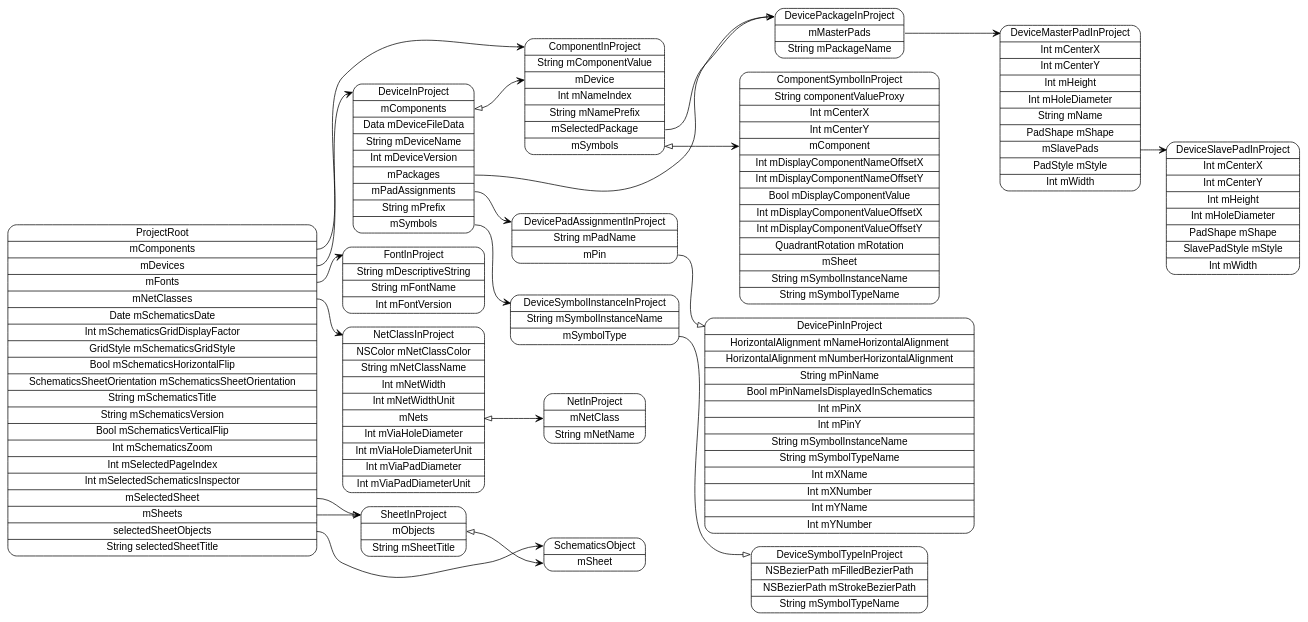
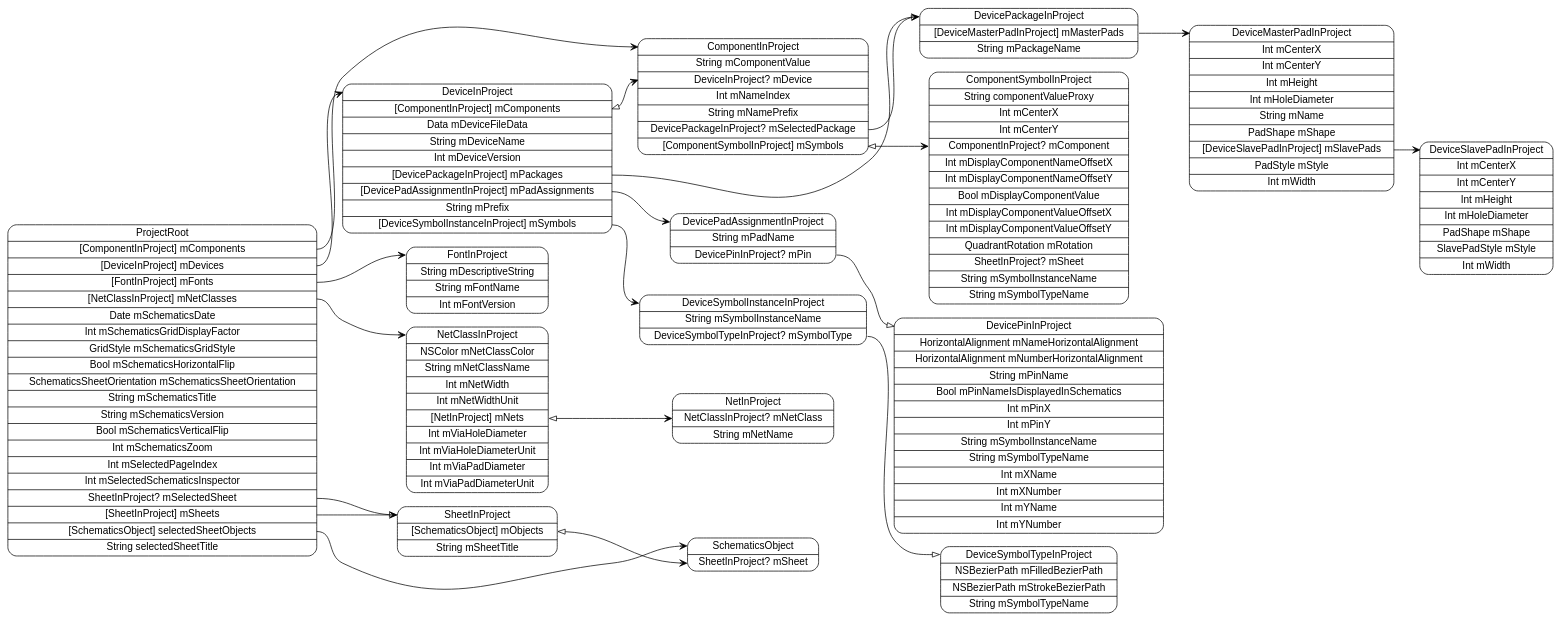
The diagram in models/ProjectRoot.dot (pierremolinaro/ElCanari-dev), drawn with Graphviz before and after one commit. The commit also changed 14 other files, not shown here.

```diff
--- a/models/ProjectRoot.dot
+++ b/models/ProjectRoot.dot
@@ -1,39 +1,39 @@
 digraph G {
   rankdir=LR ;
   node [shape=record fontname=helvetica style=rounded] ;
-  ProjectRoot[label="<ProjectRoot>ProjectRoot|<mComponents>mComponents|<mDevices>mDevices|<mFonts>mFonts|<mNetClasses>mNetClasses|Date mSchematicsDate|Int mSchematicsGridDisplayFactor|GridStyle mSchematicsGridStyle|Bool mSchematicsHorizontalFlip|SchematicsSheetOrientation mSchematicsSheetOrientation|String mSchematicsTitle|String mSchematicsVersion|Bool mSchematicsVerticalFlip|Int mSchematicsZoom|Int mSelectedPageIndex|Int mSelectedSchematicsInspector|<mSelectedSheet>mSelectedSheet|<mSheets>mSheets|<selectedSheetObjects>selectedSheetObjects|String selectedSheetTitle"] ;
-  SchematicsObject[label="<SchematicsObject>SchematicsObject|<mSheet>mSheet"] ;
-  SheetInProject[label="<SheetInProject>SheetInProject|<mObjects>mObjects|String mSheetTitle"] ;
-  NetClassInProject[label="<NetClassInProject>NetClassInProject|NSColor mNetClassColor|String mNetClassName|Int mNetWidth|Int mNetWidthUnit|<mNets>mNets|Int mViaHoleDiameter|Int mViaHoleDiameterUnit|Int mViaPadDiameter|Int mViaPadDiameterUnit"] ;
-  NetInProject[label="<NetInProject>NetInProject|<mNetClass>mNetClass|String mNetName"] ;
+  ProjectRoot[label="<ProjectRoot>ProjectRoot|<mComponents>[ComponentInProject] mComponents|<mDevices>[DeviceInProject] mDevices|<mFonts>[FontInProject] mFonts|<mNetClasses>[NetClassInProject] mNetClasses|Date mSchematicsDate|Int mSchematicsGridDisplayFactor|GridStyle mSchematicsGridStyle|Bool mSchematicsHorizontalFlip|SchematicsSheetOrientation mSchematicsSheetOrientation|String mSchematicsTitle|String mSchematicsVersion|Bool mSchematicsVerticalFlip|Int mSchematicsZoom|Int mSelectedPageIndex|Int mSelectedSchematicsInspector|<mSelectedSheet>SheetInProject? mSelectedSheet|<mSheets>[SheetInProject] mSheets|<selectedSheetObjects>[SchematicsObject] selectedSheetObjects|String selectedSheetTitle"] ;
+  SchematicsObject[label="<SchematicsObject>SchematicsObject|<mSheet>SheetInProject? mSheet"] ;
+  SheetInProject[label="<SheetInProject>SheetInProject|<mObjects>[SchematicsObject] mObjects|String mSheetTitle"] ;
+  NetClassInProject[label="<NetClassInProject>NetClassInProject|NSColor mNetClassColor|String mNetClassName|Int mNetWidth|Int mNetWidthUnit|<mNets>[NetInProject] mNets|Int mViaHoleDiameter|Int mViaHoleDiameterUnit|Int mViaPadDiameter|Int mViaPadDiameterUnit"] ;
+  NetInProject[label="<NetInProject>NetInProject|<mNetClass>NetClassInProject? mNetClass|String mNetName"] ;
   FontInProject[label="<FontInProject>FontInProject|String mDescriptiveString|String mFontName|Int mFontVersion"] ;
-  DeviceInProject[label="<DeviceInProject>DeviceInProject|<mComponents>mComponents|Data mDeviceFileData|String mDeviceName|Int mDeviceVersion|<mPackages>mPackages|<mPadAssignments>mPadAssignments|String mPrefix|<mSymbols>mSymbols"] ;
-  DeviceSymbolInstanceInProject[label="<DeviceSymbolInstanceInProject>DeviceSymbolInstanceInProject|String mSymbolInstanceName|<mSymbolType>mSymbolType"] ;
+  DeviceInProject[label="<DeviceInProject>DeviceInProject|<mComponents>[ComponentInProject] mComponents|Data mDeviceFileData|String mDeviceName|Int mDeviceVersion|<mPackages>[DevicePackageInProject] mPackages|<mPadAssignments>[DevicePadAssignmentInProject] mPadAssignments|String mPrefix|<mSymbols>[DeviceSymbolInstanceInProject] mSymbols"] ;
+  DeviceSymbolInstanceInProject[label="<DeviceSymbolInstanceInProject>DeviceSymbolInstanceInProject|String mSymbolInstanceName|<mSymbolType>DeviceSymbolTypeInProject? mSymbolType"] ;
   DeviceSymbolTypeInProject[label="<DeviceSymbolTypeInProject>DeviceSymbolTypeInProject|NSBezierPath mFilledBezierPath|NSBezierPath mStrokeBezierPath|String mSymbolTypeName"] ;
-  DevicePadAssignmentInProject[label="<DevicePadAssignmentInProject>DevicePadAssignmentInProject|String mPadName|<mPin>mPin"] ;
+  DevicePadAssignmentInProject[label="<DevicePadAssignmentInProject>DevicePadAssignmentInProject|String mPadName|<mPin>DevicePinInProject? mPin"] ;
   DevicePinInProject[label="<DevicePinInProject>DevicePinInProject|HorizontalAlignment mNameHorizontalAlignment|HorizontalAlignment mNumberHorizontalAlignment|String mPinName|Bool mPinNameIsDisplayedInSchematics|Int mPinX|Int mPinY|String mSymbolInstanceName|String mSymbolTypeName|Int mXName|Int mXNumber|Int mYName|Int mYNumber"] ;
-  DevicePackageInProject[label="<DevicePackageInProject>DevicePackageInProject|<mMasterPads>mMasterPads|String mPackageName"] ;
-  DeviceMasterPadInProject[label="<DeviceMasterPadInProject>DeviceMasterPadInProject|Int mCenterX|Int mCenterY|Int mHeight|Int mHoleDiameter|String mName|PadShape mShape|<mSlavePads>mSlavePads|PadStyle mStyle|Int mWidth"] ;
+  DevicePackageInProject[label="<DevicePackageInProject>DevicePackageInProject|<mMasterPads>[DeviceMasterPadInProject] mMasterPads|String mPackageName"] ;
+  DeviceMasterPadInProject[label="<DeviceMasterPadInProject>DeviceMasterPadInProject|Int mCenterX|Int mCenterY|Int mHeight|Int mHoleDiameter|String mName|PadShape mShape|<mSlavePads>[DeviceSlavePadInProject] mSlavePads|PadStyle mStyle|Int mWidth"] ;
   DeviceSlavePadInProject[label="<DeviceSlavePadInProject>DeviceSlavePadInProject|Int mCenterX|Int mCenterY|Int mHeight|Int mHoleDiameter|PadShape mShape|SlavePadStyle mStyle|Int mWidth"] ;
-  ComponentInProject[label="<ComponentInProject>ComponentInProject|String mComponentValue|<mDevice>mDevice|Int mNameIndex|String mNamePrefix|<mSelectedPackage>mSelectedPackage|<mSymbols>mSymbols"] ;
-  ComponentSymbolInProject[label="<ComponentSymbolInProject>ComponentSymbolInProject|String componentValueProxy|Int mCenterX|Int mCenterY|<mComponent>mComponent|Int mDisplayComponentNameOffsetX|Int mDisplayComponentNameOffsetY|Bool mDisplayComponentValue|Int mDisplayComponentValueOffsetX|Int mDisplayComponentValueOffsetY|QuadrantRotation mRotation|<mSheet>mSheet|String mSymbolInstanceName|String mSymbolTypeName"] ;
+  ComponentInProject[label="<ComponentInProject>ComponentInProject|String mComponentValue|<mDevice>DeviceInProject? mDevice|Int mNameIndex|String mNamePrefix|<mSelectedPackage>DevicePackageInProject? mSelectedPackage|<mSymbols>[ComponentSymbolInProject] mSymbols"] ;
+  ComponentSymbolInProject[label="<ComponentSymbolInProject>ComponentSymbolInProject|String componentValueProxy|Int mCenterX|Int mCenterY|<mComponent>ComponentInProject? mComponent|Int mDisplayComponentNameOffsetX|Int mDisplayComponentNameOffsetY|Bool mDisplayComponentValue|Int mDisplayComponentValueOffsetX|Int mDisplayComponentValueOffsetY|QuadrantRotation mRotation|<mSheet>SheetInProject? mSheet|String mSymbolInstanceName|String mSymbolTypeName"] ;
   ProjectRoot:mComponents -> ComponentInProject:ComponentInProject [dir=both arrowtail=none arrowhead=vee] ;
   ProjectRoot:mDevices -> DeviceInProject:DeviceInProject [dir=both arrowtail=none arrowhead=vee] ;
   ProjectRoot:mFonts -> FontInProject:FontInProject [dir=both arrowtail=none arrowhead=vee] ;
   ProjectRoot:mNetClasses -> NetClassInProject:NetClassInProject [dir=both arrowtail=none arrowhead=vee] ;
   ProjectRoot:mSelectedSheet -> SheetInProject:SheetInProject [dir=both arrowtail=none arrowhead=onormal] ;
   ProjectRoot:mSheets -> SheetInProject:SheetInProject [dir=both arrowtail=none arrowhead=vee] ;
   ProjectRoot:selectedSheetObjects -> SchematicsObject:SchematicsObject [dir=both arrowtail=none arrowhead=vee] ;
   SheetInProject:mObjects -> SchematicsObject:mSheet [dir=both arrowtail=onormal arrowhead=vee] ;
   NetClassInProject:mNets -> NetInProject:mNetClass [dir=both arrowtail=onormal arrowhead=vee] ;
   DeviceInProject:mComponents -> ComponentInProject:mDevice [dir=both arrowtail=onormal arrowhead=vee] ;
   DeviceInProject:mPackages -> DevicePackageInProject:DevicePackageInProject [dir=both arrowtail=none arrowhead=vee] ;
   DeviceInProject:mPadAssignments -> DevicePadAssignmentInProject:DevicePadAssignmentInProject [dir=both arrowtail=none arrowhead=vee] ;
   DeviceInProject:mSymbols -> DeviceSymbolInstanceInProject:DeviceSymbolInstanceInProject [dir=both arrowtail=none arrowhead=vee] ;
   DeviceSymbolInstanceInProject:mSymbolType -> DeviceSymbolTypeInProject:DeviceSymbolTypeInProject [dir=both arrowtail=none arrowhead=onormal] ;
   DevicePadAssignmentInProject:mPin -> DevicePinInProject:DevicePinInProject [dir=both arrowtail=none arrowhead=onormal] ;
   DevicePackageInProject:mMasterPads -> DeviceMasterPadInProject:DeviceMasterPadInProject [dir=both arrowtail=none arrowhead=vee] ;
   DeviceMasterPadInProject:mSlavePads -> DeviceSlavePadInProject:DeviceSlavePadInProject [dir=both arrowtail=none arrowhead=vee] ;
   ComponentInProject:mSelectedPackage -> DevicePackageInProject:DevicePackageInProject [dir=both arrowtail=none arrowhead=onormal] ;
   ComponentInProject:mSymbols -> ComponentSymbolInProject:mComponent [dir=both arrowtail=onormal arrowhead=vee] ;
 }
```
